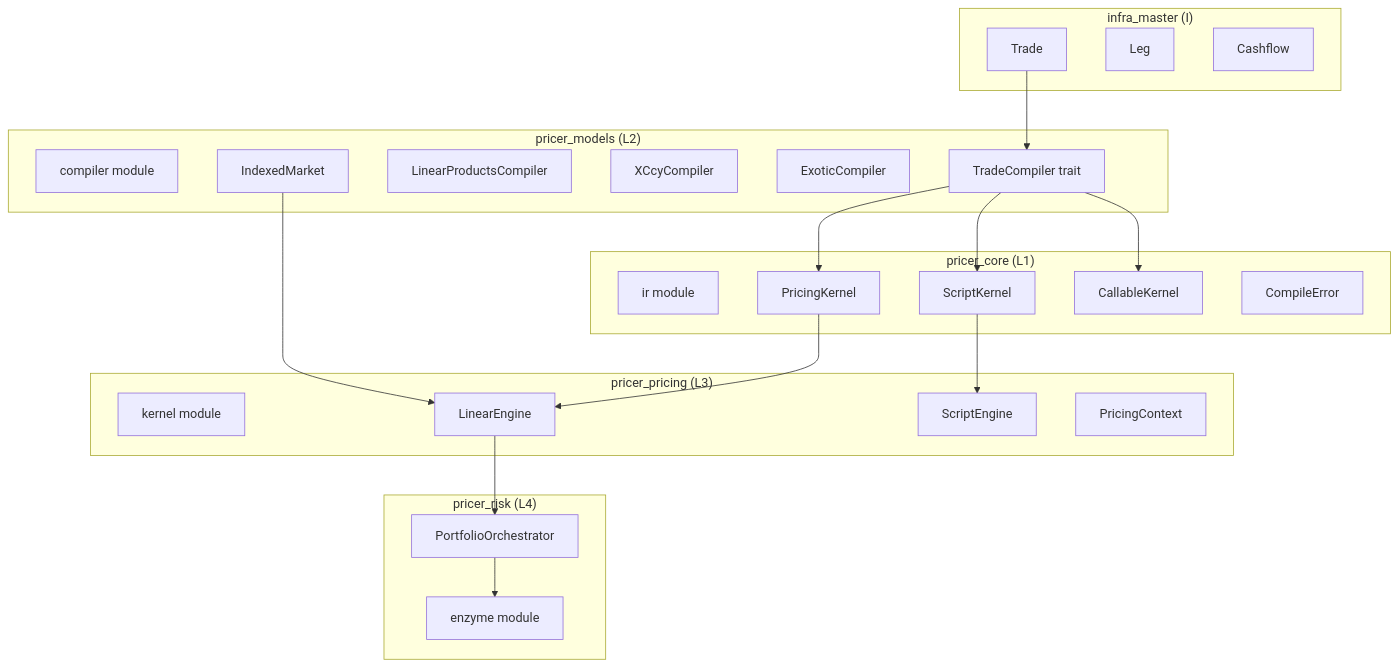
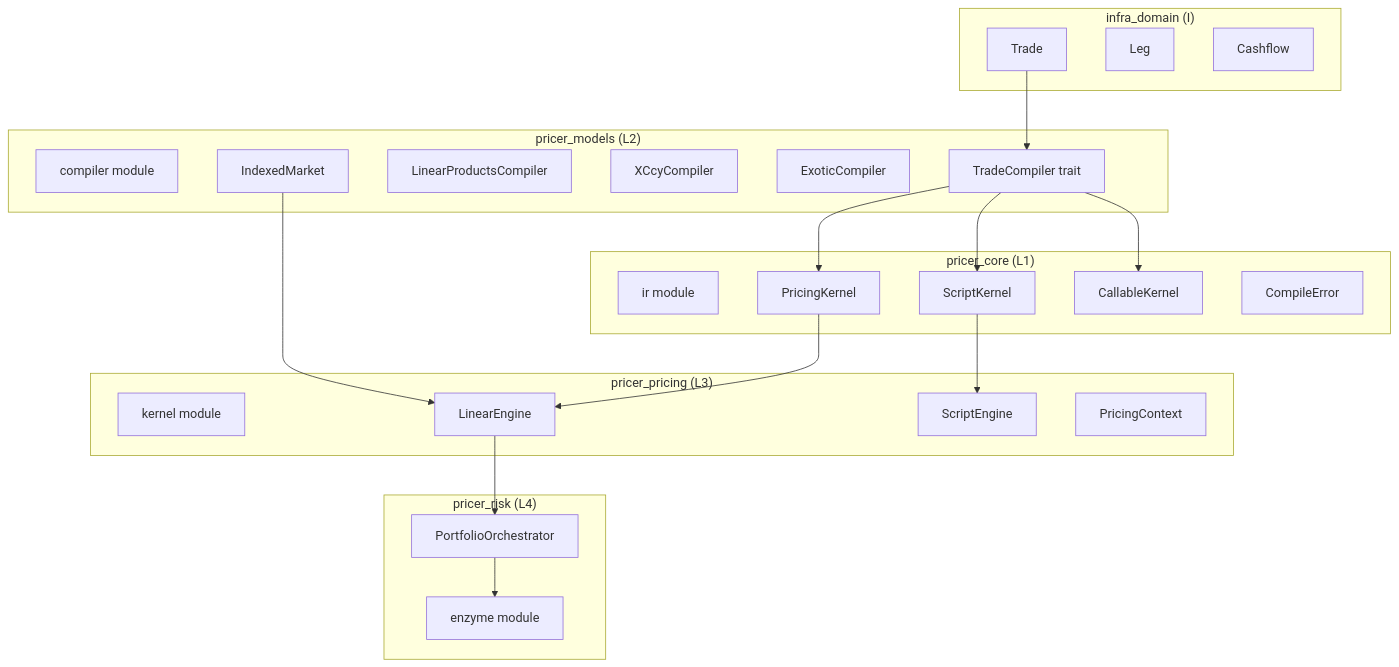
Before and after one commit to neutryx-lab/neutryx-rust: the first of 3 diagrams in .kiro/specs/pricing-kernel-ir/design.md, drawn with Mermaid. The commit also changed other lines of this file and 303 other files, not shown here.

First line of the commit message:
Refactor imports from `infra_master` to `infra_domain`

````diff
--- a/.kiro/specs/pricing-kernel-ir/design.md
+++ b/.kiro/specs/pricing-kernel-ir/design.md
@@ -47,47 +47,47 @@
 ```mermaid
 graph TB
-    subgraph InfraMaster["infra_master (I)"]
+    subgraph InfraMaster["infra_domain (I)"]
         Trade[Trade]
         Leg[Leg]
         Cashflow[Cashflow]
     end
 
     subgraph PricerCore["pricer_core (L1)"]
         IR[ir module]
         PK[PricingKernel]
         SK[ScriptKernel]
         CK[CallableKernel]
         CE[CompileError]
     end
 
     subgraph PricerModels["pricer_models (L2)"]
         Compiler[compiler module]
         TC[TradeCompiler trait]
         LP[LinearProductsCompiler]
         XC[XCcyCompiler]
         EC[ExoticCompiler]
         IM[IndexedMarket]
     end
 
     subgraph PricerPricing["pricer_pricing (L3)"]
         Kernel[kernel module]
         LE[LinearEngine]
         SE[ScriptEngine]
         PC[PricingContext]
     end
 
     subgraph PricerRisk["pricer_risk (L4)"]
         Portfolio[PortfolioOrchestrator]
         Enzyme[enzyme module]
     end
 
     Trade --> TC
     TC --> PK
     TC --> SK
     TC --> CK
     PK --> LE
     SK --> SE
     IM --> LE
     LE --> Portfolio
     Portfolio --> Enzyme
 ```
````
